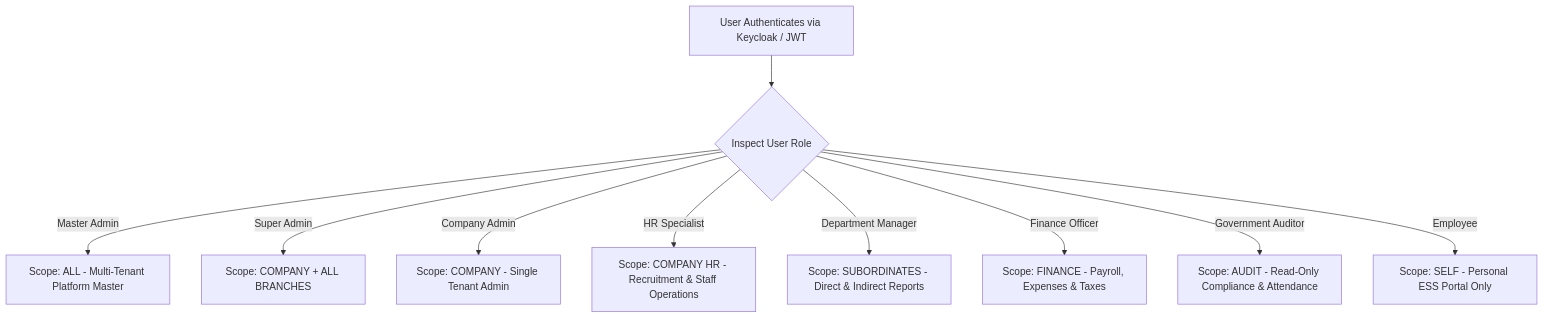
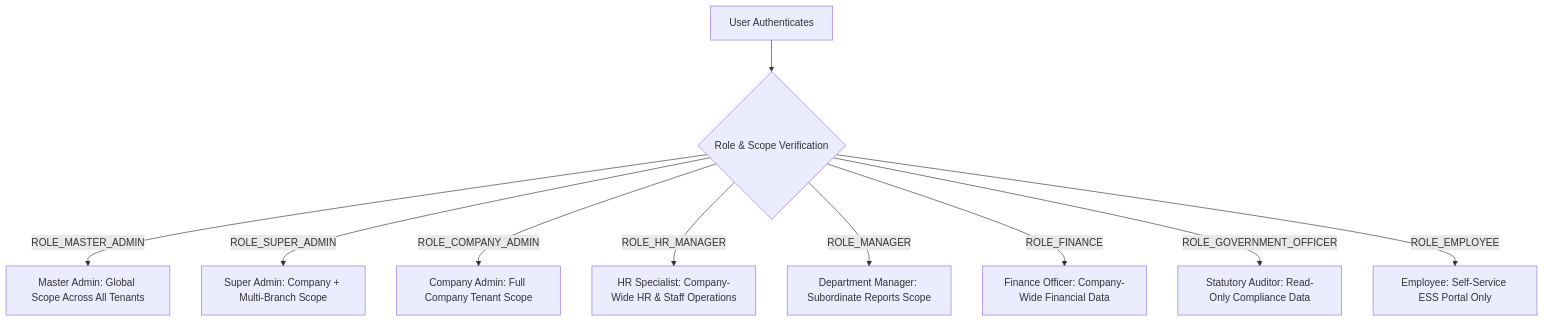
Before and after one commit to SRJ-GROUP/hubnest_user_guide: the third of 4 diagrams in docs/hrms/index.md, drawn with Mermaid. The commit also changed other lines of this file and 50 other files, not shown here.

Commit message:
feat(docs): add interactive zoom and pan modal for all diagrams and complete 21 HRMS admin guide modules

````diff
--- a/docs/hrms/index.md
+++ b/docs/hrms/index.md
@@ -84,13 +211,13 @@
 ```mermaid
 graph TD
-    User[User Authenticates via Keycloak / JWT] --> RoleCheck{Inspect User Role}
+    User[User Authenticates] --> RoleCheck{Role & Scope Verification}
 
-    RoleCheck -->|Master Admin| ScopeAll[Scope: ALL - Multi-Tenant Platform Master]
-    RoleCheck -->|Super Admin| ScopeCoMulti[Scope: COMPANY + ALL BRANCHES]
-    RoleCheck -->|Company Admin| ScopeCo[Scope: COMPANY - Single Tenant Admin]
-    RoleCheck -->|HR Specialist| ScopeHR[Scope: COMPANY HR - Recruitment & Staff Operations]
-    RoleCheck -->|Department Manager| ScopeSub[Scope: SUBORDINATES - Direct & Indirect Reports]
-    RoleCheck -->|Finance Officer| ScopeFin[Scope: FINANCE - Payroll, Expenses & Taxes]
-    RoleCheck -->|Government Auditor| ScopeGov[Scope: AUDIT - Read-Only Compliance & Attendance]
-    RoleCheck -->|Employee| ScopeSelf[Scope: SELF - Personal ESS Portal Only]
+    RoleCheck -->|ROLE_MASTER_ADMIN| ScopeAll[Master Admin: Global Scope Across All Tenants]
+    RoleCheck -->|ROLE_SUPER_ADMIN| ScopeSuper[Super Admin: Company + Multi-Branch Scope]
+    RoleCheck -->|ROLE_COMPANY_ADMIN| ScopeCo[Company Admin: Full Company Tenant Scope]
+    RoleCheck -->|ROLE_HR_MANAGER| ScopeHR[HR Specialist: Company-Wide HR & Staff Operations]
+    RoleCheck -->|ROLE_MANAGER| ScopeSub[Department Manager: Subordinate Reports Scope]
+    RoleCheck -->|ROLE_FINANCE| ScopeFin[Finance Officer: Company-Wide Financial Data]
+    RoleCheck -->|ROLE_GOVERNMENT_OFFICER| ScopeGov[Statutory Auditor: Read-Only Compliance Data]
+    RoleCheck -->|ROLE_EMPLOYEE| ScopeSelf[Employee: Self-Service ESS Portal Only]
 ```
````
